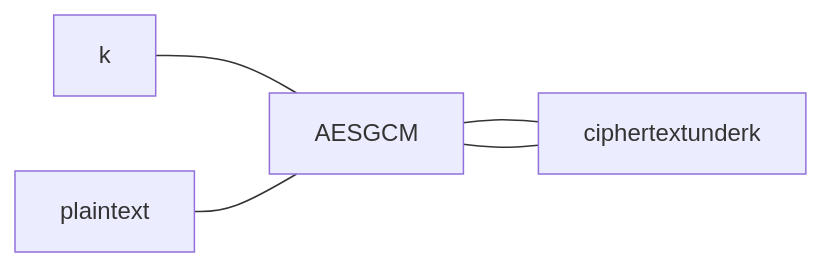
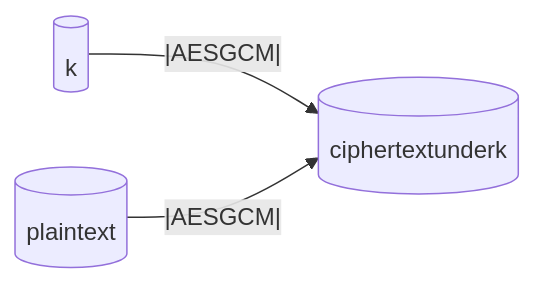
The second of 2 diagrams in README.md (rfielding/whiskeyTango), drawn with Mermaid before and after one commit. The commit also changed other lines of this file, not shown here.

Commit message:
update diagram

````diff
--- a/README.md
+++ b/README.md
@@ -94,5 +94,8 @@
 ```mermaid
 flowchart LR
-  k--- AESGCM ---ciphertextunderk
-  plaintext--- AESGCM ---ciphertextunderk
+  k[(k)]
+  plaintext[(plaintext)]
+  ciphertextunderk[(ciphertextunderk)]
+  k--|AESGCM|-->ciphertextunderk
+  plaintext--|AESGCM|-->ciphertextunderk
 ```
````
